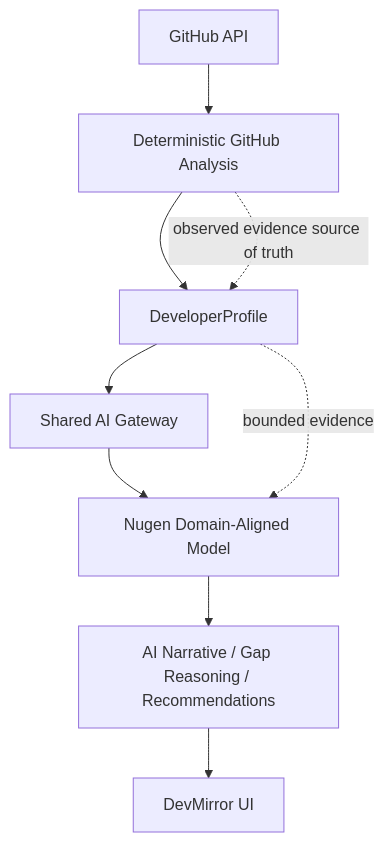
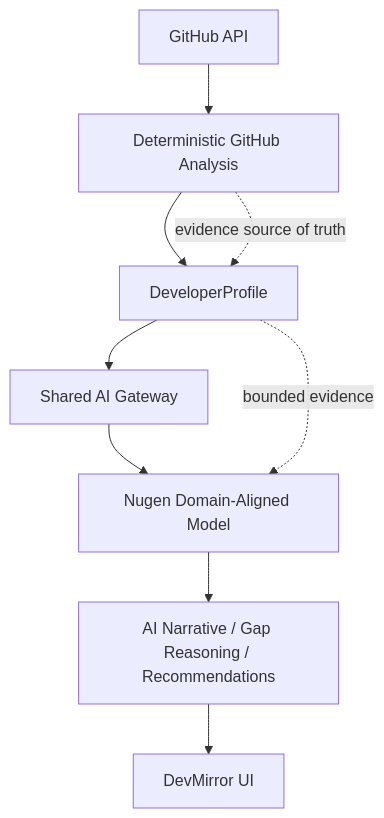
One commit to riteshdhobale/devmirrornugen changed the diagram in README.md. Above: the diagram before and after it, drawn with Mermaid. The commit also changed other lines of this file, not shown here.

Commit message:
docs: document Nugen experiment and visual evidence

````diff
--- a/README.md
+++ b/README.md
@@ -48,12 +50,12 @@
 ```mermaid
 flowchart TD
   GH[GitHub API] --> DA[Deterministic GitHub Analysis]
   DA --> DP[DeveloperProfile]
   DP --> GW[Shared AI Gateway]
   GW --> NM[Nugen Domain-Aligned Model]
   NM --> AI[AI Narrative / Gap Reasoning / Recommendations]
   AI --> UI[DevMirror UI]
 
-  DA -. observed evidence source of truth .-> DP
+  DA -. evidence source of truth .-> DP
   DP -. bounded evidence .-> NM
 ```
````
